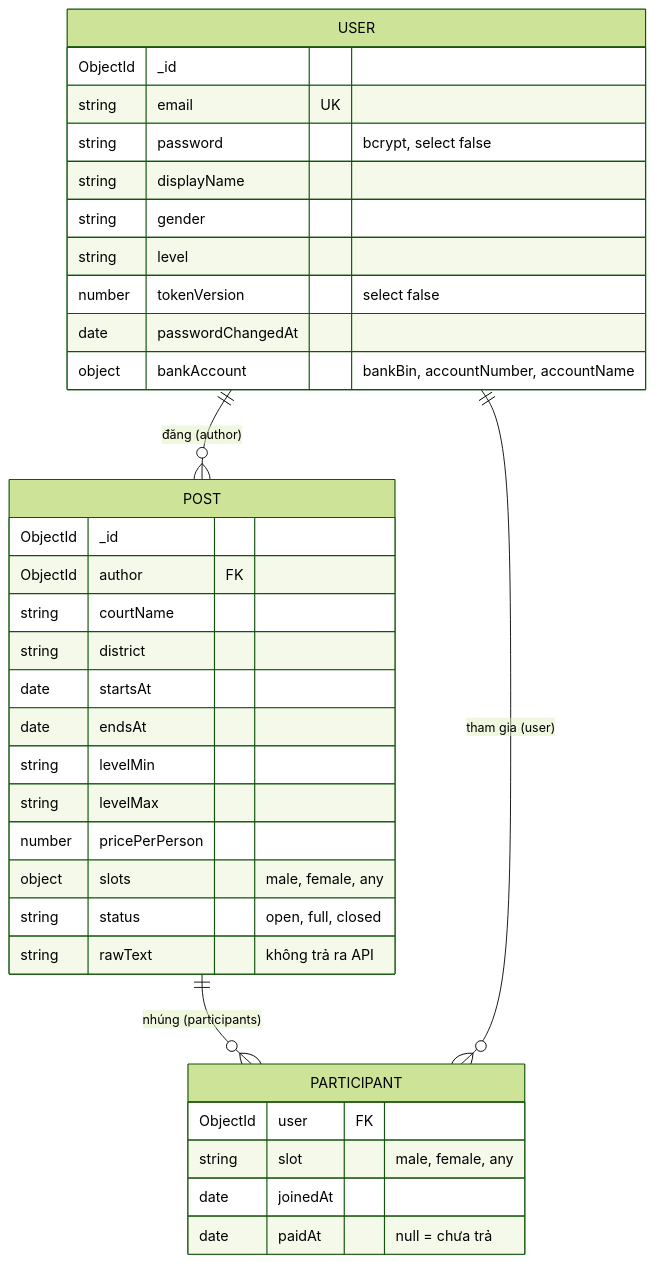
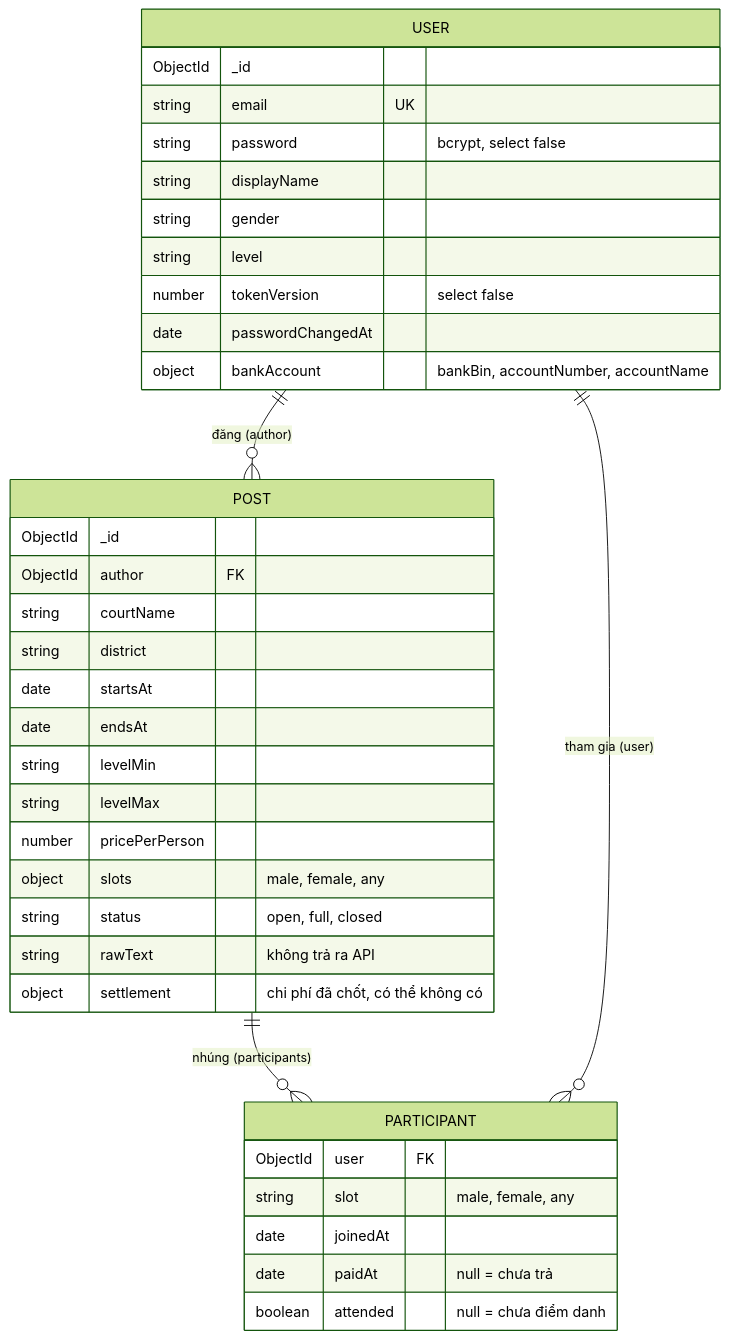
One commit to DucManh300905/Badminton-Matching changed the diagram in docs/database.md. Above: the diagram before and after it, drawn with Mermaid (forest theme). The commit also changed other lines of this file and 28 other files, not shown here.

Commit message:
feat: chot chi phi sau buoi va diem danh (4.8.2): chia theo tong so nguoi choi, lam tron len 1.000d, tuy chon thu nguoi vang

````diff
--- a/docs/database.md
+++ b/docs/database.md
@@ -21,38 +21,40 @@
 ```mermaid
 erDiagram
     USER ||--o{ POST : "đăng (author)"
     POST ||--o{ PARTICIPANT : "nhúng (participants)"
     USER ||--o{ PARTICIPANT : "tham gia (user)"
 
     USER {
         ObjectId _id
         string email UK
         string password "bcrypt, select false"
         string displayName
         string gender
         string level
         number tokenVersion "select false"
         date passwordChangedAt
         object bankAccount "bankBin, accountNumber, accountName"
     }
     POST {
         ObjectId _id
         ObjectId author FK
         string courtName
         string district
         date startsAt
         date endsAt
         string levelMin
         string levelMax
         number pricePerPerson
         object slots "male, female, any"
         string status "open, full, closed"
         string rawText "không trả ra API"
+        object settlement "chi phí đã chốt, có thể không có"
     }
     PARTICIPANT {
         ObjectId user FK
         string slot "male, female, any"
         date joinedAt
         date paidAt "null = chưa trả"
+        boolean attended "null = chưa điểm danh"
     }
 ```
````
